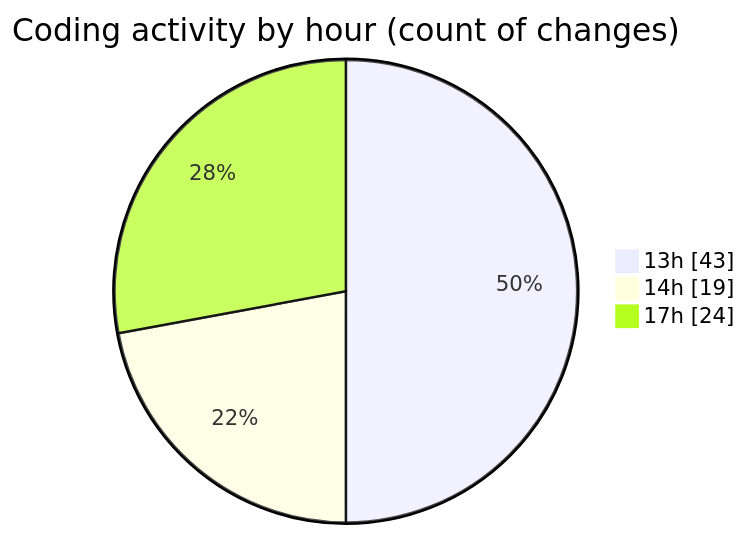
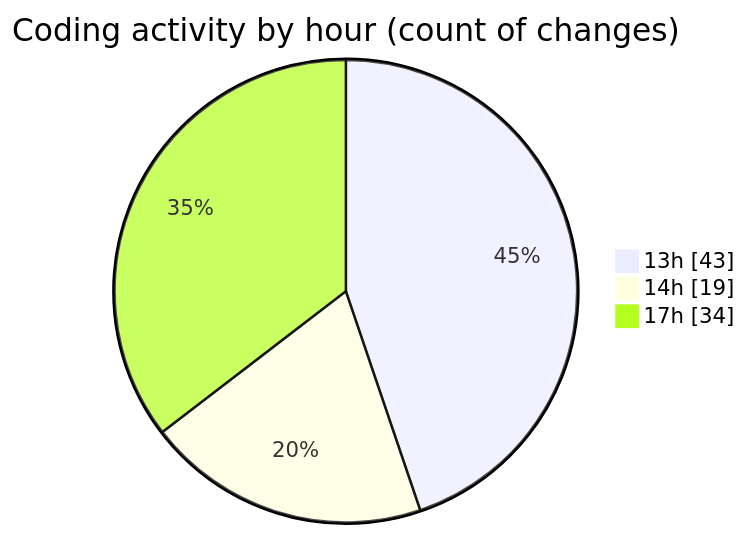
The second of 2 diagrams in 2025-10-04/untitled__workspace_/README.md (MatusMokan/code-tracking), drawn with Mermaid before and after one commit. The commit also changed other lines of this file and 1 other file, not shown here.

````diff
--- a/2025-10-04/untitled__workspace_/README.md
+++ b/2025-10-04/untitled__workspace_/README.md
@@ -46,7 +46,7 @@
 ```mermaid
 pie showData
 title Coding activity by hour (count of changes)
 "13h" : 43
 "14h" : 19
-"17h" : 24
+"17h" : 34
 ```
````
